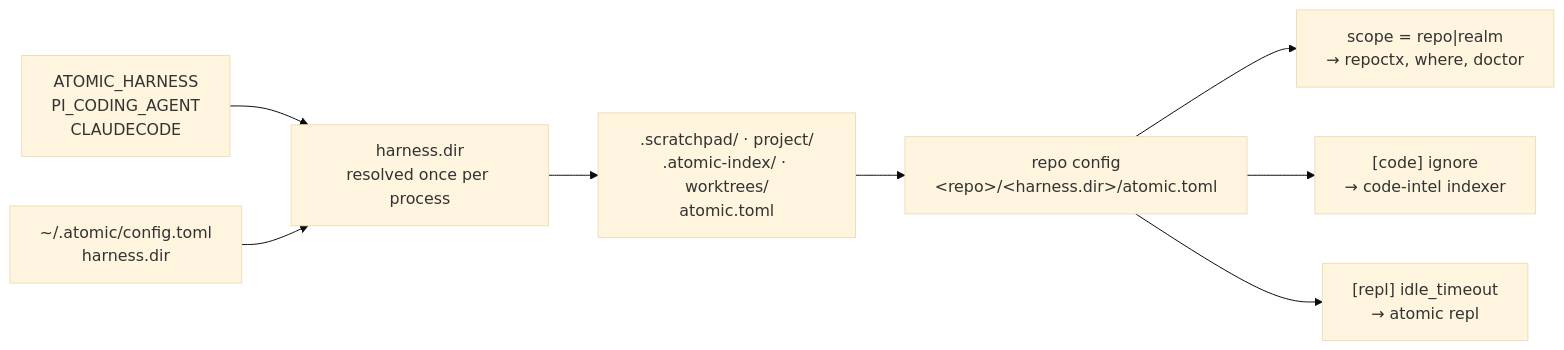
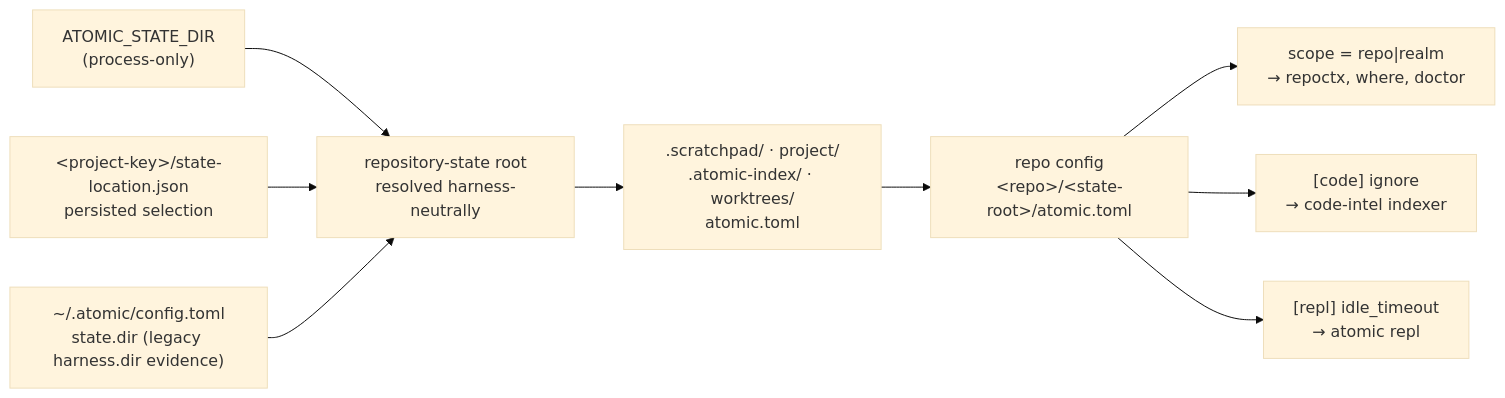
One commit to damusix/atomic-claude changed the first of 7 diagrams in docs/wiki/config.md. Above: the diagram before and after it, drawn with Mermaid (base theme). The commit also changed other lines of this file and 26 other files, not shown here.

````diff
--- a/docs/wiki/config.md
+++ b/docs/wiki/config.md
@@ -23,10 +23,11 @@
 ```mermaid
 flowchart LR
-    ENV["ATOMIC_HARNESS<br/>PI_CODING_AGENT<br/>CLAUDECODE"] --> HD
-    UC["~/.atomic/config.toml<br/>harness.dir"] --> HD["harness.dir<br/>resolved once per process"]
+    ENV["ATOMIC_STATE_DIR<br/>(process-only)"] --> HD
+    REC["&lt;project-key&gt;/state-location.json<br/>persisted selection"] --> HD
+    UC["~/.atomic/config.toml<br/>state.dir (legacy harness.dir evidence)"] --> HD["repository-state root<br/>resolved harness-neutrally"]
     HD --> RL[".scratchpad/ · project/<br/>.atomic-index/ · worktrees/<br/>atomic.toml"]
-    RL --> RC["repo config<br/>&lt;repo&gt;/&lt;harness.dir&gt;/atomic.toml"]
+    RL --> RC["repo config<br/>&lt;repo&gt;/&lt;state-root&gt;/atomic.toml"]
     RC --> SC["scope = repo|realm<br/>→ repoctx, where, doctor"]
     RC --> IG["[code] ignore<br/>→ code-intel indexer"]
     RC --> RT["[repl] idle_timeout<br/>→ atomic repl"]
 ```
````
